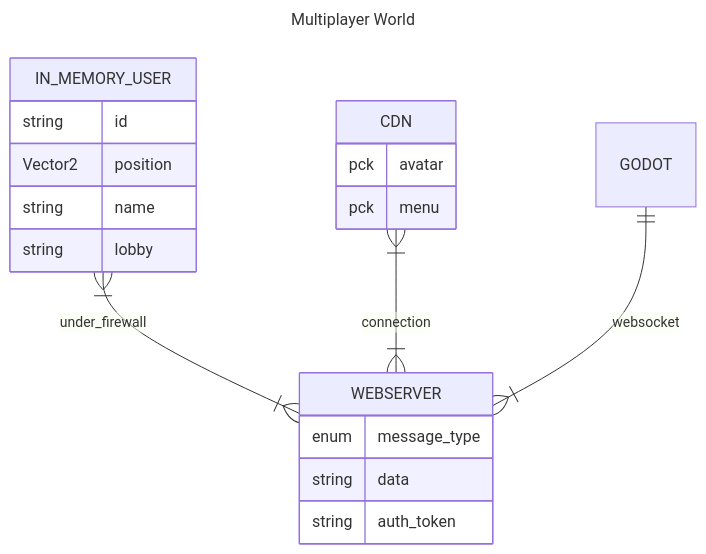
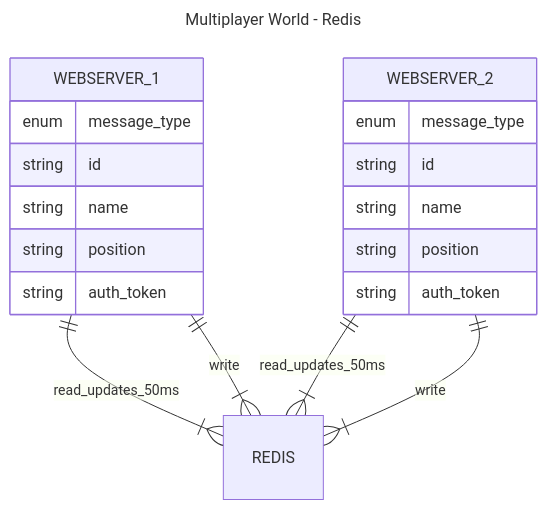
One commit to Ughuuu/Multiplayer-World changed the second of 3 diagrams in README.md. Above: the diagram before and after it, drawn with Mermaid. The commit also changed other lines of this file, not shown here.

````diff
--- a/README.md
+++ b/README.md
@@ -81,24 +91,25 @@
 ```mermaid
 ---
-title: Multiplayer World
+title: Multiplayer World - Redis
 ---
 erDiagram
-    IN_MEMORY_USER 1+--1+ WEBSERVER : under_firewall
-    CDN 1+--1+ WEBSERVER : connection
-    IN_MEMORY_USER {
+    WEBSERVER_1 {
+        enum message_type
         string id
-        Vector2 position
         string name
-        string lobby
-    }
-    WEBSERVER {
-        enum message_type
-        string data
+        string position
         string auth_token
     }
-    CDN {
-        pck avatar
-        pck menu
+    WEBSERVER_2 {
+        enum message_type
+        string id
+        string name
+        string position
+        string auth_token
     }
-    GODOT 1--1+ WEBSERVER : websocket
+    
+    WEBSERVER_1 1--1+ REDIS : read_updates_50ms
+    WEBSERVER_1 1--1+ REDIS : write
+    WEBSERVER_2 1--1+ REDIS : read_updates_50ms
+    WEBSERVER_2 1--1+ REDIS : write
 ```
````
